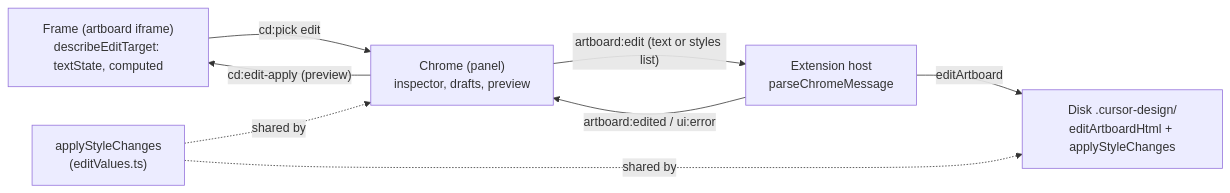
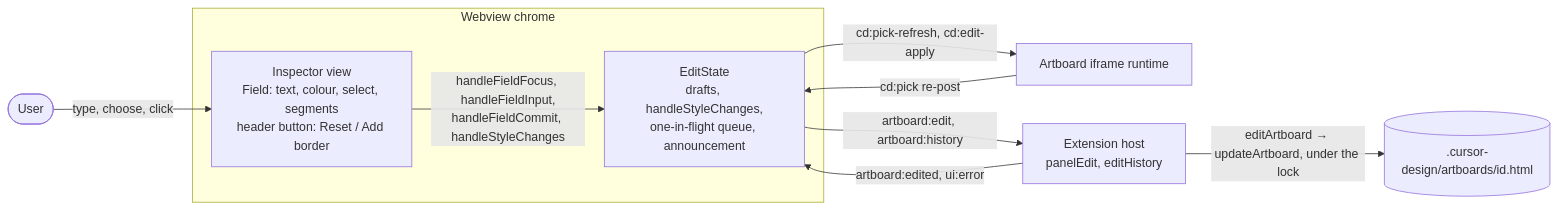
One commit to MarekBombera/cursor-design-extension changed the first of 3 diagrams in blueprint/context/current-feature-overview.md. Above: the diagram before and after it, drawn with Mermaid. The commit also changed other lines of this file and 27 other files, not shown here.

````diff
--- a/blueprint/context/current-feature-overview.md
+++ b/blueprint/context/current-feature-overview.md
@@ -21,10 +32,18 @@
 ```mermaid
 flowchart LR
-  F["Frame (artboard iframe)<br/>describeEditTarget: textState, computed"] -- "cd:pick edit" --> C["Chrome (panel)<br/>inspector, drafts, preview"]
-  C -- "cd:edit-apply (preview)" --> F
-  C -- "artboard:edit (text or styles list)" --> H["Extension host<br/>parseChromeMessage"]
-  H -- "editArtboard" --> D["Disk .cursor-design/<br/>editArtboardHtml + applyStyleChanges"]
-  H -- "artboard:edited / ui:error" --> C
-  R["applyStyleChanges<br/>(editValues.ts)"] -.shared by.-> C
-  R -.shared by.-> D
+  User(["User"])
+  subgraph Webview["Webview chrome"]
+    Inspector["Inspector view<br/>Field: text, colour, select, segments<br/>header button: Reset / Add border"]
+    Edit["EditState<br/>drafts, handleStyleChanges,<br/>one-in-flight queue, announcement"]
+  end
+  Frame["Artboard iframe runtime"]
+  Host["Extension host<br/>panelEdit, editHistory"]
+  Disk[(".cursor-design/artboards/id.html")]
+  User -->|type, choose, click| Inspector
+  Inspector -->|handleFieldFocus, handleFieldInput,<br/>handleFieldCommit, handleStyleChanges| Edit
+  Edit -->|cd:pick-refresh, cd:edit-apply| Frame
+  Frame -->|cd:pick re-post| Edit
+  Edit -->|artboard:edit, artboard:history| Host
+  Host -->|artboard:edited, ui:error| Edit
+  Host -->|editArtboard → updateArtboard, under the lock| Disk
 ```
````
